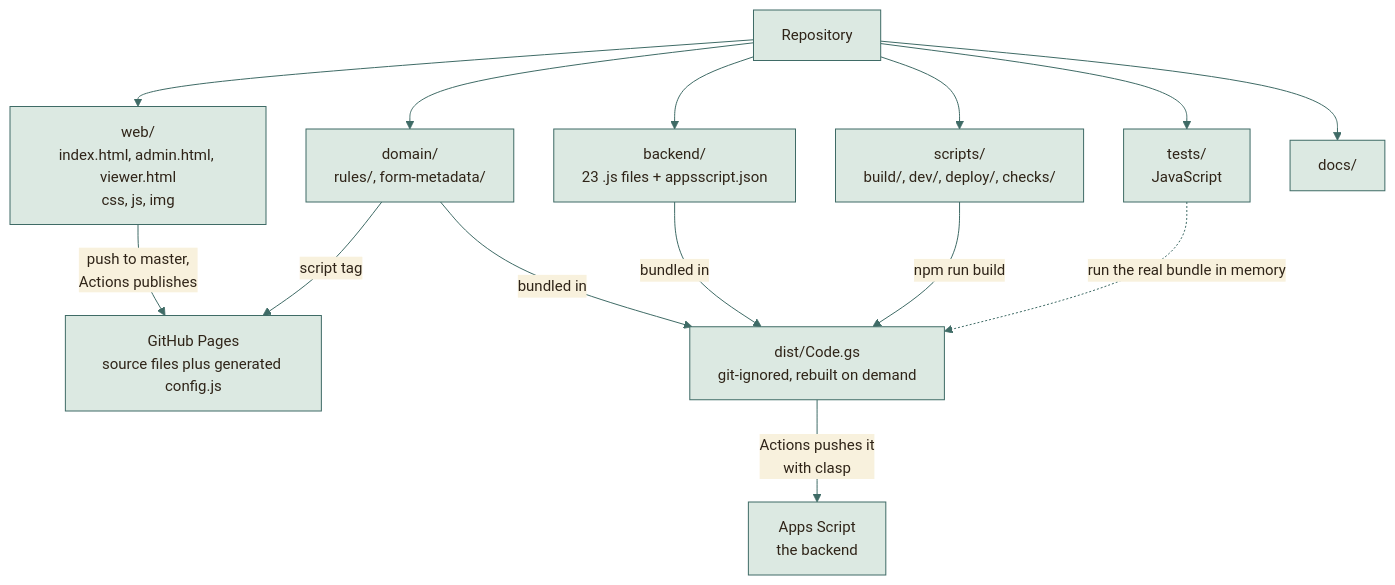
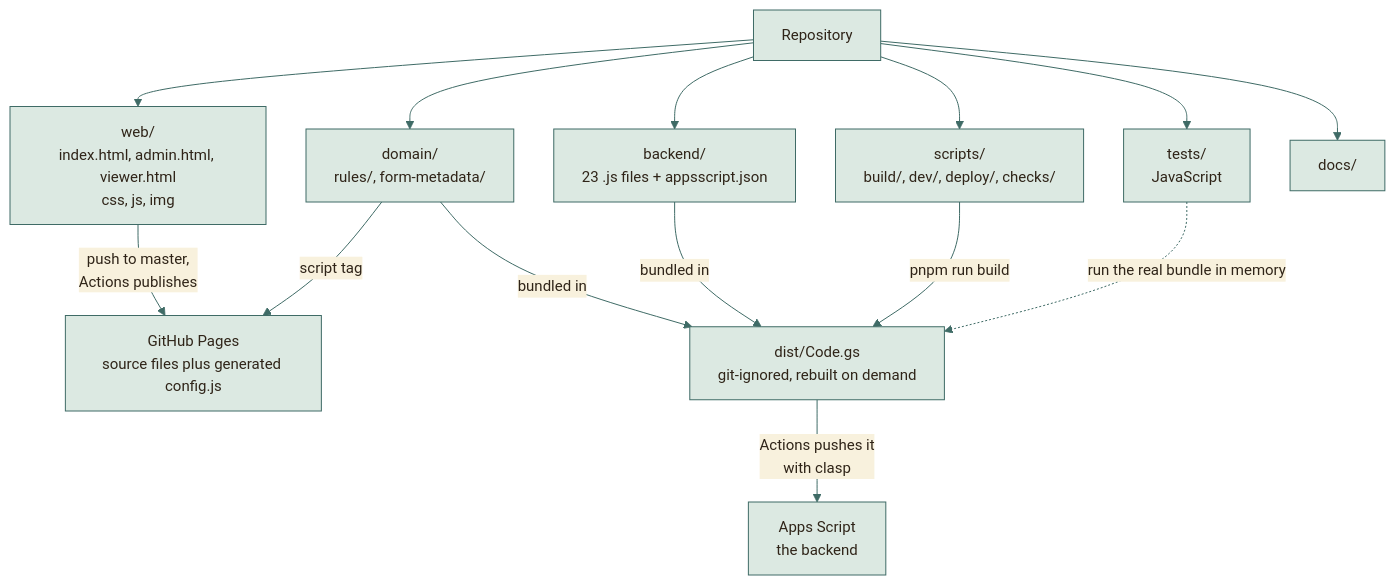
The first of 3 diagrams in docs/architecture/FILE-STRUCTURE.md (moyeh04/forms-platform), drawn with Mermaid before and after one commit. The commit also changed other lines of this file and 26 other files, not shown here.

First line of the commit message:
build(deps): Install with pnpm in place of npm

````diff
--- a/docs/architecture/FILE-STRUCTURE.md
+++ b/docs/architecture/FILE-STRUCTURE.md
@@ -7,46 +7,46 @@
 ```mermaid
 %%{init: {
   'theme': 'base',
   'themeVariables': {
     'fontFamily': 'ui-sans-serif, system-ui, -apple-system, Segoe UI, Roboto, sans-serif',
     'fontSize': '15px',
     'primaryColor': '#DCE9E2', 'primaryBorderColor': '#3F6B66', 'primaryTextColor': '#2F2418',
     'secondaryColor': '#F0E4C8', 'secondaryBorderColor': '#C9A24A', 'secondaryTextColor': '#2F2418',
     'tertiaryColor': '#F6EFDC', 'tertiaryBorderColor': '#CDBB94', 'tertiaryTextColor': '#2F2418',
     'lineColor': '#3F6B66', 'textColor': '#2F2418', 'mainBkg': '#DCE9E2', 'nodeBorder': '#3F6B66',
     'clusterBkg': '#F6EFDC', 'clusterBorder': '#CDBB94', 'titleColor': '#2F2418',
     'edgeLabelBackground': '#F8F1DD',
     'actorBkg': '#DCE9E2', 'actorBorder': '#3F6B66', 'actorTextColor': '#2F2418', 'actorLineColor': '#8FB3AB',
     'signalColor': '#477A73', 'signalTextColor': '#477A73',
     'labelBoxBkgColor': '#F0E4C8', 'labelBoxBorderColor': '#C9A24A', 'labelTextColor': '#2F2418', 'loopTextColor': '#6A5A44',
     'noteBkgColor': '#FBEFC9', 'noteBorderColor': '#C9A24A', 'noteTextColor': '#2F2418',
     'activationBkgColor': '#DCE9E2', 'activationBorderColor': '#3F6B66', 'sequenceNumberColor': '#F8F1DD',
     'transitionColor': '#3F6B66', 'stateLabelColor': '#2F2418', 'stateBkg': '#DCE9E2', 'altBackground': '#F6EFDC',
     'attributeBackgroundColorOdd': '#F8F1DD', 'attributeBackgroundColorEven': '#F0E4C8'
   },
   'flowchart': {'curve': 'basis', 'padding': 14, 'nodeSpacing': 40, 'rankSpacing': 46},
   'sequence': {'mirrorActors': false, 'messageMargin': 34, 'boxMargin': 8}
 }}%%
 flowchart TD
     repo["Repository"]
     repo --> web["web/<br/>index.html, admin.html, viewer.html<br/>css, js, img"]
     repo --> shared["domain/<br/>rules/, form-metadata/"]
     repo --> be["backend/<br/>23 .js files + appsscript.json"]
     repo --> sc["scripts/<br/>build/, dev/, deploy/, checks/"]
     repo --> ts["tests/<br/>JavaScript"]
     repo --> dc["docs/"]
 
     web -- "push to master,<br/>Actions publishes" --> gh["GitHub Pages<br/>source files plus generated config.js"]
     shared -- "script tag" --> gh
     shared -- "bundled in" --> dist["dist/Code.gs<br/>git-ignored, rebuilt on demand"]
     be -- "bundled in" --> dist
-    sc -- "npm run build" --> dist
+    sc -- "pnpm run build" --> dist
     dist -- "Actions pushes it<br/>with clasp" --> gas["Apps Script<br/>the backend"]
     ts -. "run the real bundle in memory" .-> dist
     classDef cDb fill:#F3E2B3,stroke:#B8892D,stroke-width:1.5px,color:#2F2418
     classDef cActor fill:#F4D9D3,stroke:#9A3328,stroke-width:1.5px,color:#2F2418
     classDef cDec fill:#FBEFC9,stroke:#C9A24A,stroke-width:1.5px,color:#2F2418
     classDef cEnd fill:#2F2418,stroke:#2F2418,color:#F8F1DD
     classDef cErr fill:#F6D5CF,stroke:#A12B1F,stroke-width:1.5px,color:#5A140C
     classDef cOk fill:#BFD9CF,stroke:#2E5A55,stroke-width:1.5px,color:#17302D
 ```
````
